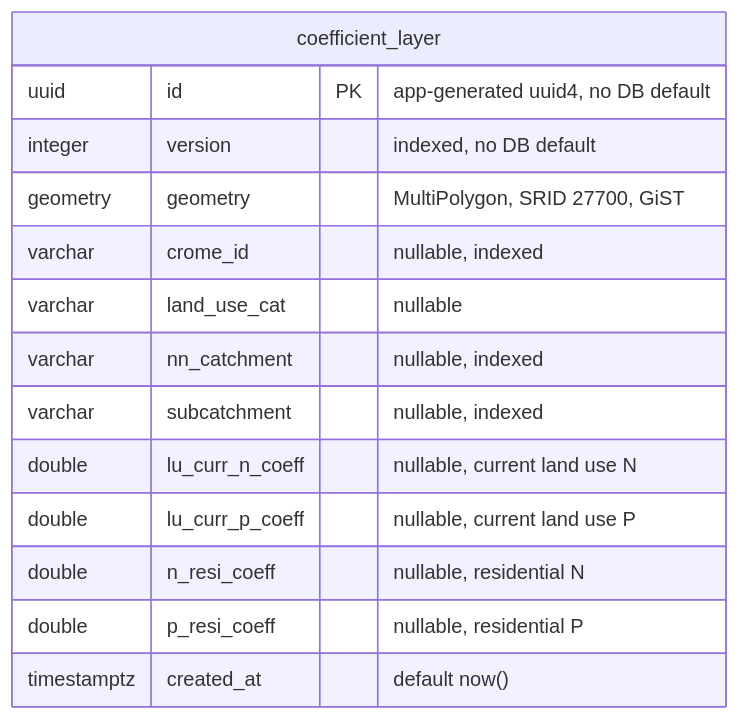
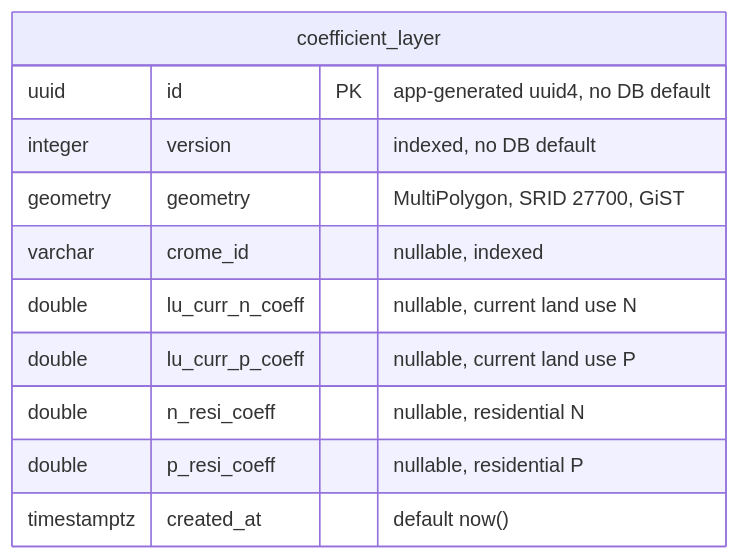
The second of 3 diagrams in docs/database-diagram.md (DEFRA/nrf-impact-assessor), drawn with Mermaid before and after one commit. The commit also changed other lines of this file and 48 other files, not shown here.

````diff
--- a/docs/database-diagram.md
+++ b/docs/database-diagram.md
@@ -159,17 +159,14 @@
 ```mermaid
 erDiagram
     coefficient_layer {
         uuid id PK "app-generated uuid4, no DB default"
         integer version "indexed, no DB default"
         geometry geometry "MultiPolygon, SRID 27700, GiST"
         varchar crome_id "nullable, indexed"
-        varchar land_use_cat "nullable"
-        varchar nn_catchment "nullable, indexed"
-        varchar subcatchment "nullable, indexed"
         double lu_curr_n_coeff "nullable, current land use N"
         double lu_curr_p_coeff "nullable, current land use P"
         double n_resi_coeff "nullable, residential N"
         double p_resi_coeff "nullable, residential P"
         timestamptz created_at "default now()"
     }
 ```
````
